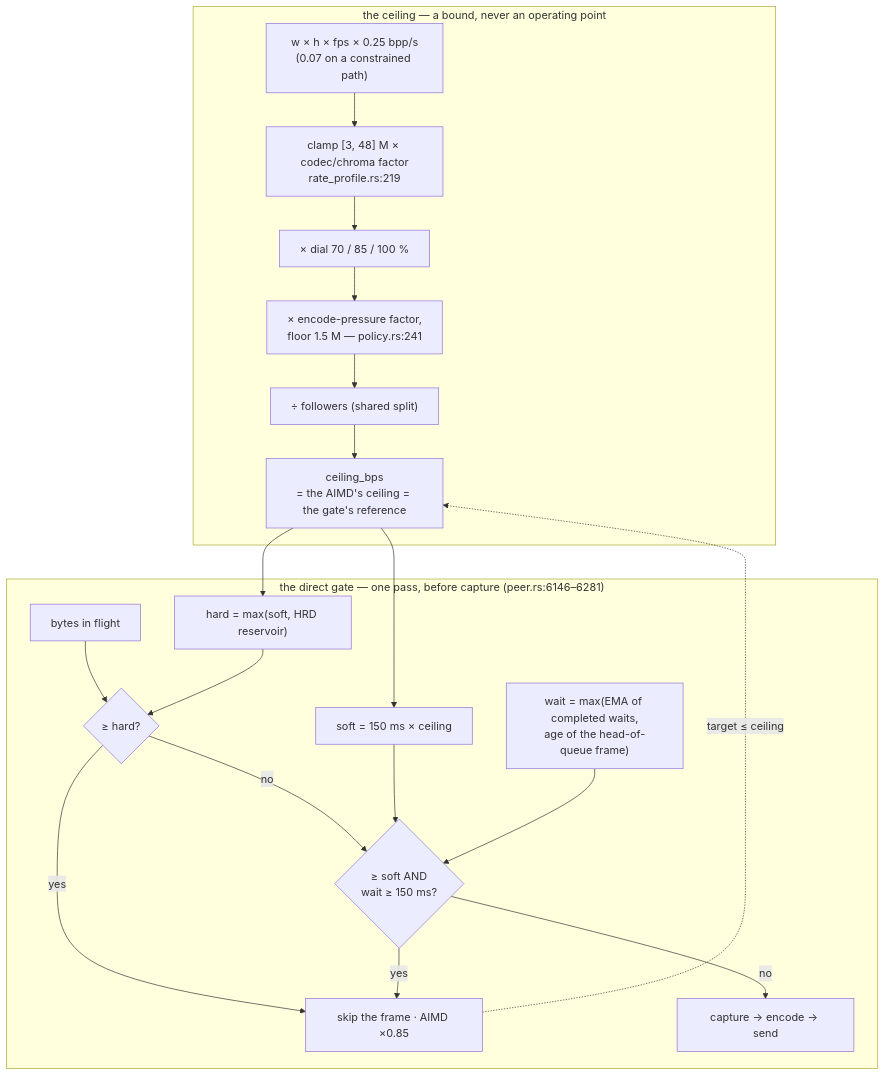
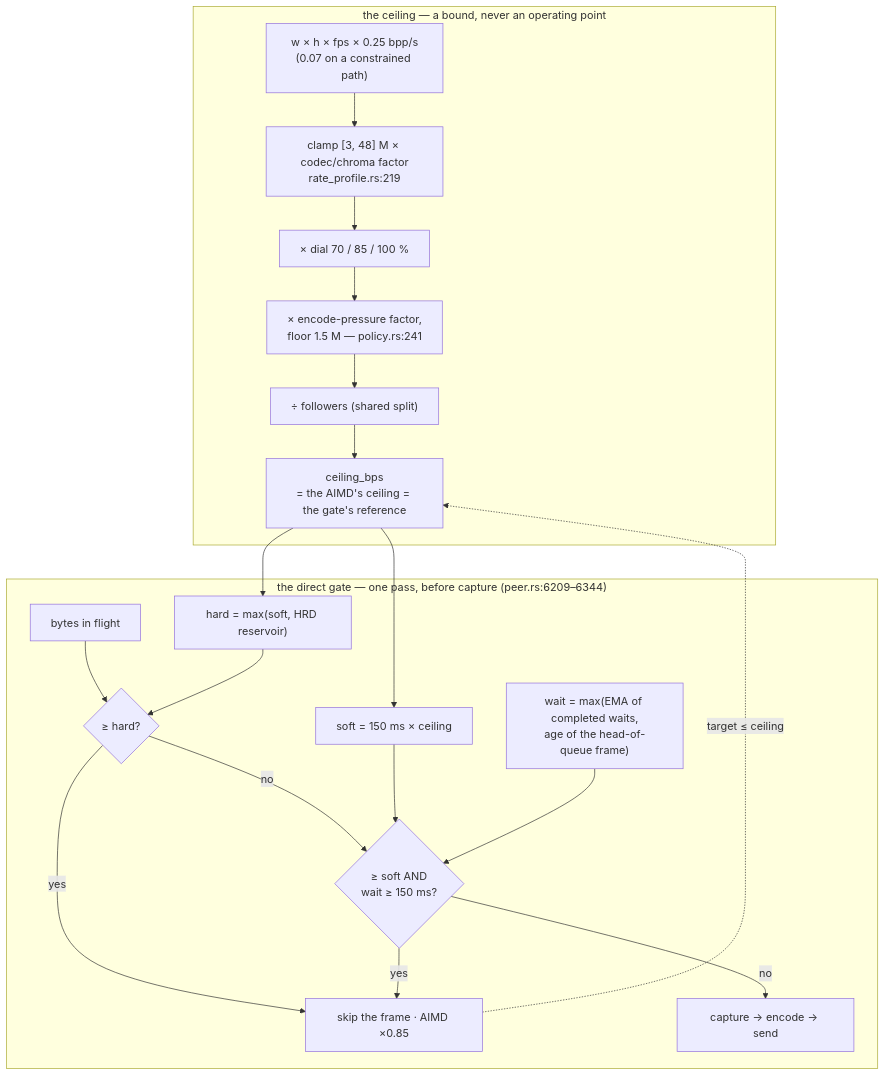
Before and after one commit to gjovanov/roomler-ai: the fifth of 9 diagrams in docs/rate-control.md, drawn with Mermaid. The commit also changed other lines of this file and 28 other files, not shown here.

````diff
--- a/docs/rate-control.md
+++ b/docs/rate-control.md
@@ -755,24 +755,24 @@
 ```mermaid
 flowchart TB
     subgraph ceiling["the ceiling — a bound, never an operating point"]
         G["w × h × fps × 0.25 bpp/s<br/>(0.07 on a constrained path)"] --> C["clamp [3, 48] M × codec/chroma factor<br/>rate_profile.rs:219"]
         C --> D["× dial 70 / 85 / 100 %"]
         D --> E["× encode-pressure factor,<br/>floor 1.5 M — policy.rs:241"]
         E --> S["÷ followers (shared split)"]
         S --> CEIL["ceiling_bps<br/>= the AIMD's ceiling = the gate's reference"]
     end
-    subgraph gate["the direct gate — one pass, before capture (peer.rs:6146–6281)"]
+    subgraph gate["the direct gate — one pass, before capture (peer.rs:6209–6344)"]
         CEIL --> SOFT["soft = 150 ms × ceiling"]
         CEIL --> HARD["hard = max(soft, HRD reservoir)"]
         W["wait = max(EMA of completed waits,<br/>age of the head-of-queue frame)"]
         Q["bytes in flight"] --> H{"≥ hard?"}
         HARD --> H
         H -- yes --> TRIP["skip the frame · AIMD ×0.85"]
         H -- no --> SQ{"≥ soft AND<br/>wait ≥ 150 ms?"}
         SOFT --> SQ
         W --> SQ
         SQ -- yes --> TRIP
         SQ -- no --> PASS["capture → encode → send"]
     end
     TRIP -.->|"target ≤ ceiling"| CEIL
 ```
````
